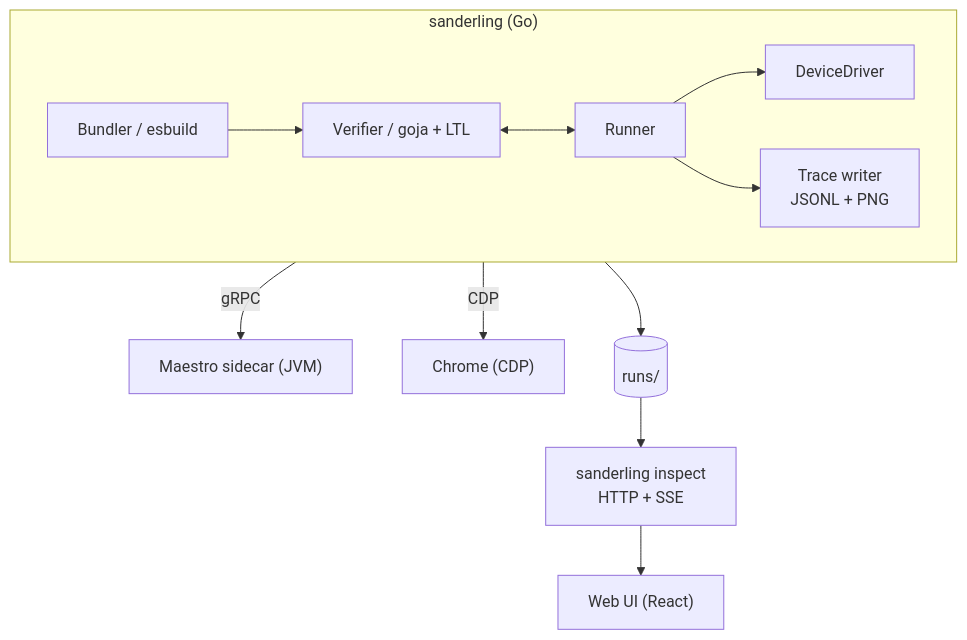
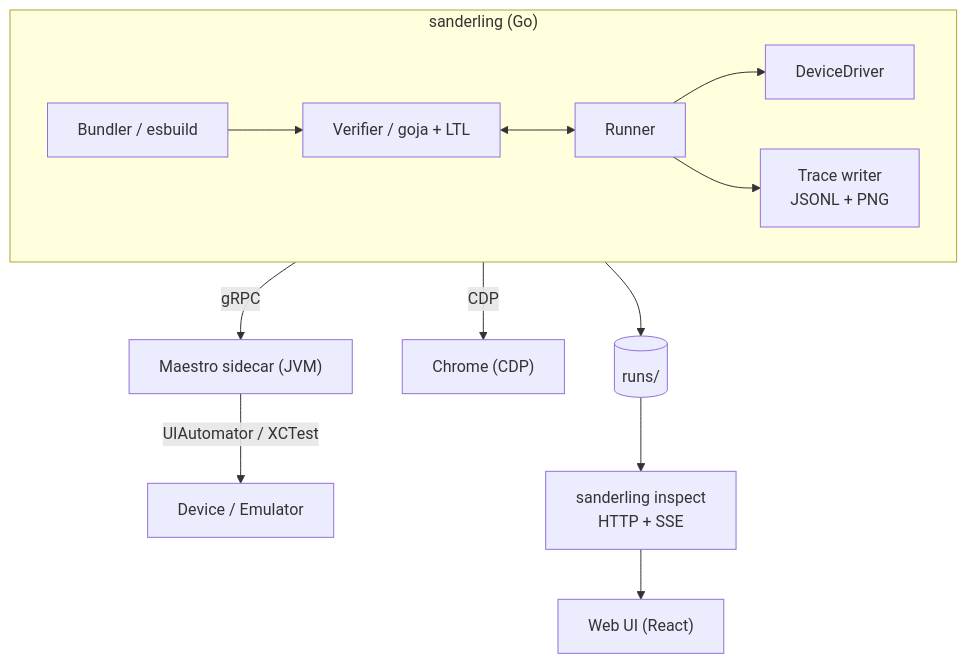
One commit to priyanshujain/sanderling changed the diagram in docs/development/architecture.md. Above: the diagram before and after it, drawn with Mermaid. The commit also changed 4 other files, not shown here.

````diff
--- a/docs/development/architecture.md
+++ b/docs/development/architecture.md
@@ -7,21 +7,23 @@
 ```mermaid
 flowchart TB
     subgraph go["sanderling (Go)"]
         direction LR
         B["Bundler / esbuild"] --> V["Verifier / goja + LTL"]
         V <--> R["Runner"]
         R --> D["DeviceDriver"]
         R --> T["Trace writer\nJSONL + PNG"]
     end
 
     SC["Maestro sidecar (JVM)"]
+    DC["Device / Emulator"]
     CH["Chrome (CDP)"]
     RD[("runs/")]
     IN["sanderling inspect\nHTTP + SSE"]
     UI["Web UI (React)"]
 
     D -->|gRPC| SC
+    SC -->|UIAutomator / XCTest| DC
     D -->|CDP| CH
 
     T --> RD --> IN --> UI
 ```
````
